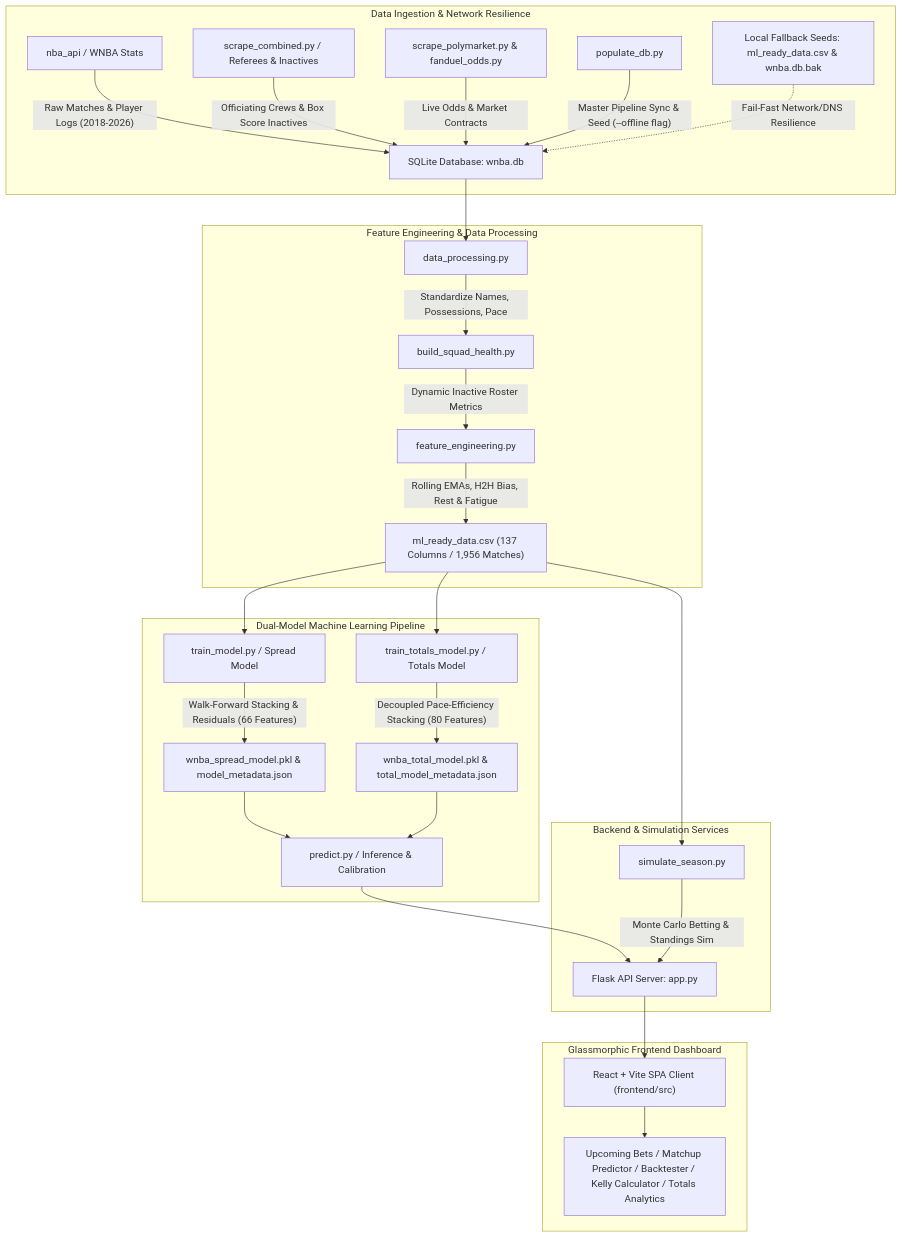
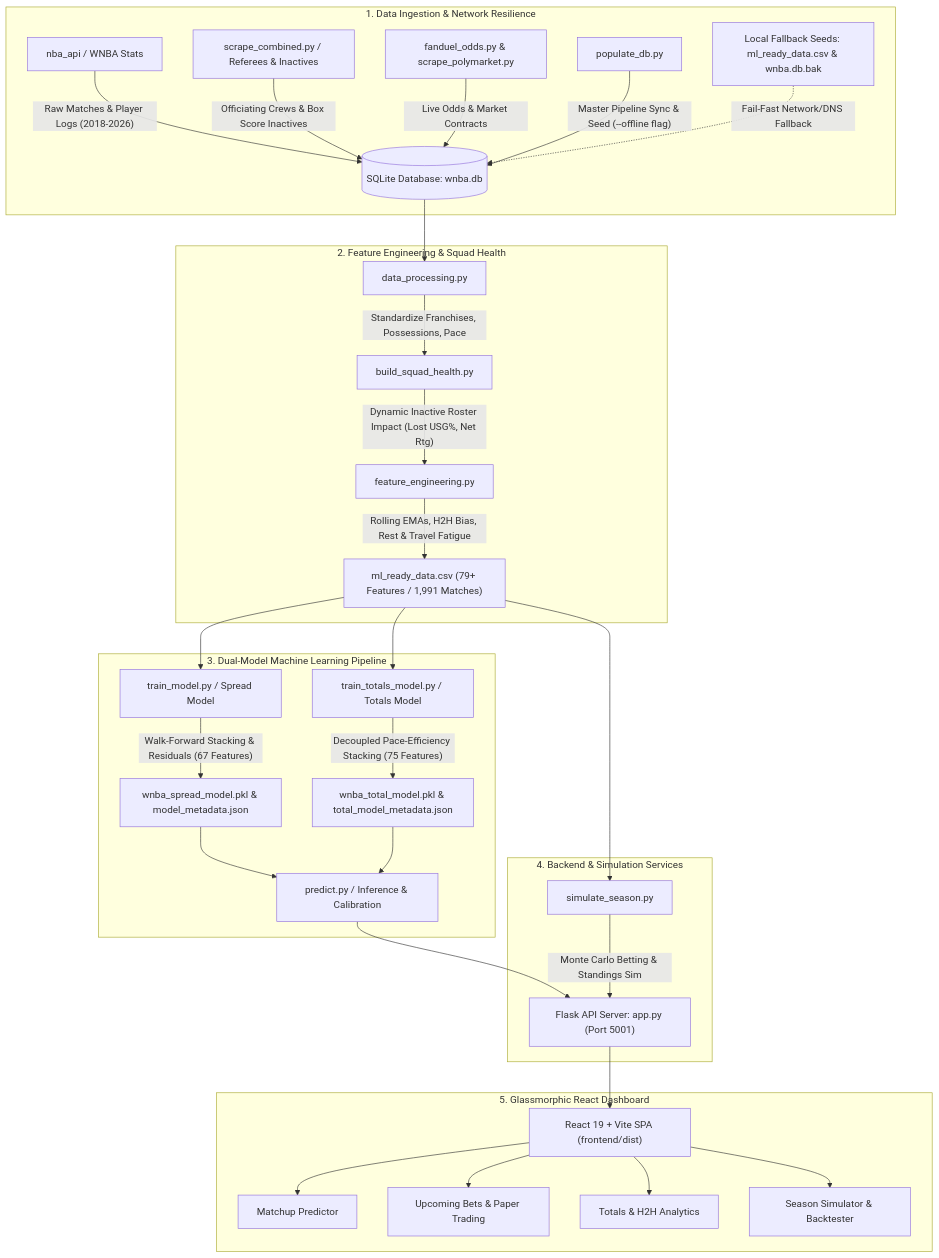
One commit to Yo014/ML-WnbaPrediction changed the diagram in README.md. Above: the diagram before and after it, drawn with Mermaid. The commit also changed other lines of this file and 19 other files, not shown here.

First line of the commit message:
Update model metadata and improve data processing

````diff
--- a/README.md
+++ b/README.md
@@ -11,39 +11,42 @@
 ```mermaid
 flowchart TD
-    subgraph Data Ingestion & Network Resilience
-        A["nba_api / WNBA Stats"] -->|"Raw Matches & Player Logs (2018-2026)"| D["SQLite Database: wnba.db"]
+    subgraph Ingestion["1. Data Ingestion & Network Resilience"]
+        A["nba_api / WNBA Stats"] -->|"Raw Matches & Player Logs (2018-2026)"| D[("SQLite Database: wnba.db")]
         B["scrape_combined.py / Referees & Inactives"] -->|"Officiating Crews & Box Score Inactives"| D
-        C["scrape_polymarket.py & fanduel_odds.py"] -->|"Live Odds & Market Contracts"| D
+        C["fanduel_odds.py & scrape_polymarket.py"] -->|"Live Odds & Market Contracts"| D
         P["populate_db.py"] -->|"Master Pipeline Sync & Seed (--offline flag)"| D
-        FB["Local Fallback Seeds: ml_ready_data.csv & wnba.db.bak"] -.->|"Fail-Fast Network/DNS Resilience"| D
+        FB["Local Fallback Seeds: ml_ready_data.csv & wnba.db.bak"] -.->|"Fail-Fast Network/DNS Fallback"| D
     end
 
-    subgraph Feature Engineering & Data Processing
+    subgraph FeatureEng["2. Feature Engineering & Squad Health"]
         D --> E["data_processing.py"]
-        E -->|"Standardize Names, Possessions, Pace"| F["build_squad_health.py"]
-        F -->|"Dynamic Inactive Roster Metrics"| G["feature_engineering.py"]
-        G -->|"Rolling EMAs, H2H Bias, Rest & Fatigue"| H["ml_ready_data.csv (137 Columns / 1,956 Matches)"]
+        E -->|"Standardize Franchises, Possessions, Pace"| F["build_squad_health.py"]
+        F -->|"Dynamic Inactive Roster Impact (Lost USG%, Net Rtg)"| G["feature_engineering.py"]
+        G -->|"Rolling EMAs, H2H Bias, Rest & Travel Fatigue"| H["ml_ready_data.csv (79+ Features / 1,991 Matches)"]
     end
 
-    subgraph Dual-Model Machine Learning Pipeline
+    subgraph MLPipeline["3. Dual-Model Machine Learning Pipeline"]
         H --> I["train_model.py / Spread Model"]
         H --> J["train_totals_model.py / Totals Model"]
         
-        I -->|"Walk-Forward Stacking & Residuals (66 Features)"| K["wnba_spread_model.pkl & model_metadata.json"]
-        J -->|"Decoupled Pace-Efficiency Stacking (80 Features)"| L["wnba_total_model.pkl & total_model_metadata.json"]
+        I -->|"Walk-Forward Stacking & Residuals (67 Features)"| K["wnba_spread_model.pkl & model_metadata.json"]
+        J -->|"Decoupled Pace-Efficiency Stacking (75 Features)"| L["wnba_total_model.pkl & total_model_metadata.json"]
         
         K --> M["predict.py / Inference & Calibration"]
         L --> M
     end
 
-    subgraph Backend & Simulation Services
-        M --> N["Flask API Server: app.py"]
+    subgraph BackendSim["4. Backend & Simulation Services"]
+        M --> N["Flask API Server: app.py (Port 5001)"]
         H --> O["simulate_season.py"]
         O -->|"Monte Carlo Betting & Standings Sim"| N
     end
 
-    subgraph Glassmorphic Frontend Dashboard
-        N --> Q["React + Vite SPA Client (frontend/src)"]
-        Q --> R["Upcoming Bets / Matchup Predictor / Backtester / Kelly Calculator / Totals Analytics"]
+    subgraph FrontendApp["5. Glassmorphic React Dashboard"]
+        N --> Q["React 19 + Vite SPA (frontend/dist)"]
+        Q --> R1["Matchup Predictor"]
+        Q --> R2["Upcoming Bets & Paper Trading"]
+        Q --> R3["Totals & H2H Analytics"]
+        Q --> R4["Season Simulator & Backtester"]
     end
 ```
````
